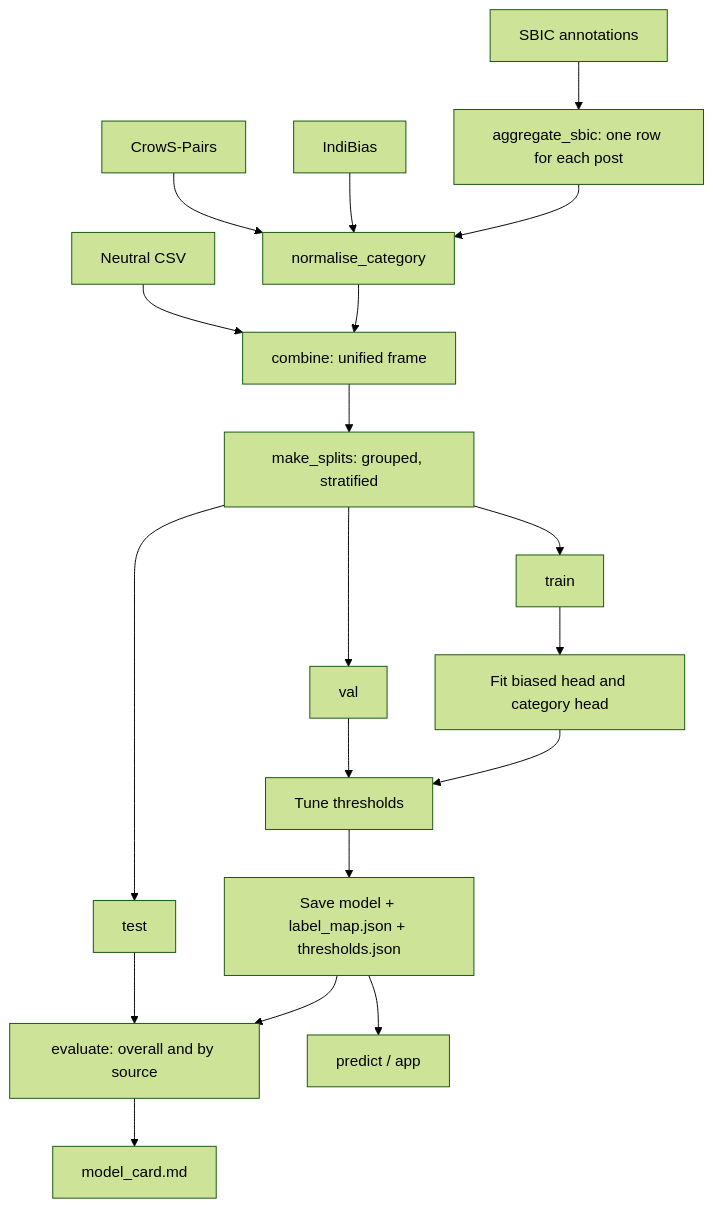
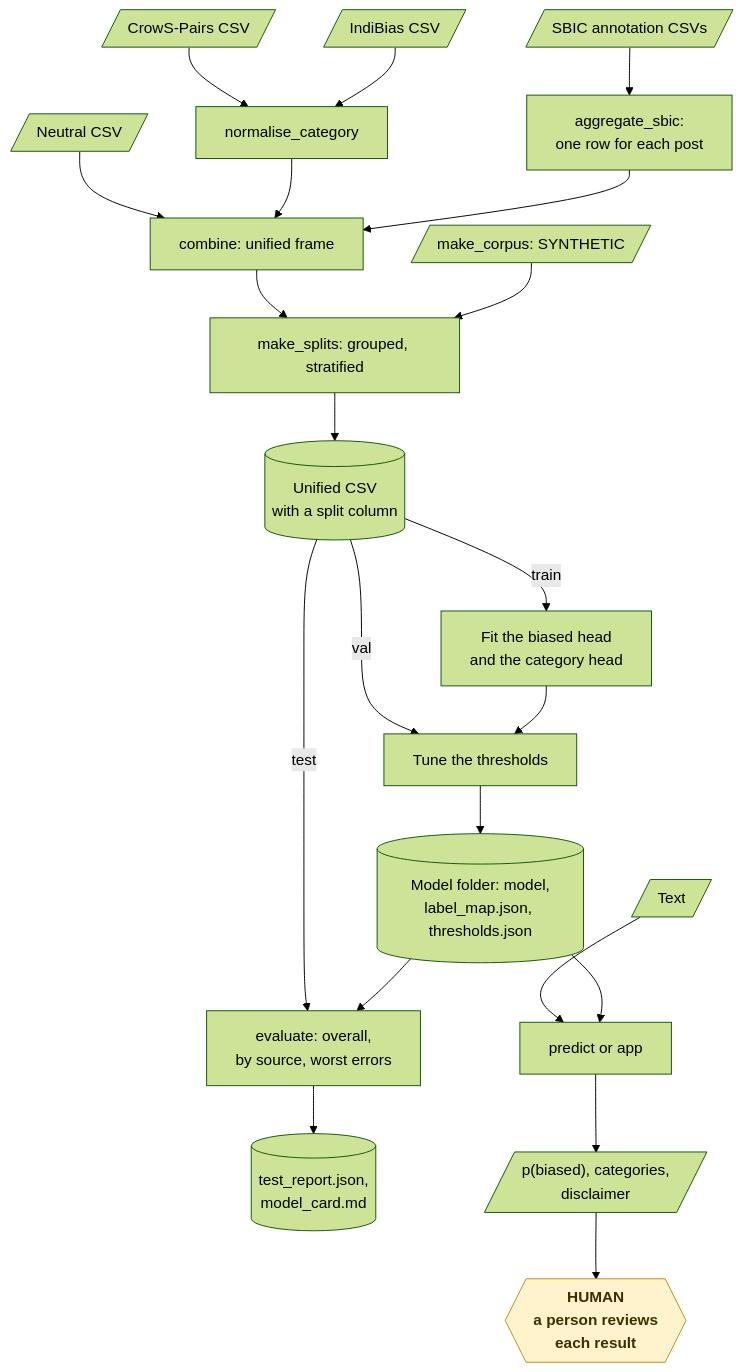
Before and after one commit to KrishnaAnnavaram/biasradar: the fifth of 19 diagrams in README.md, drawn with Mermaid (forest theme). The commit also changed other lines of this file, not shown here.

Commit message:
Add the workflow diagrams to the README

````diff
--- a/README.md
+++ b/README.md
@@ -217,16 +272,26 @@
 ```mermaid
-flowchart TB
-    C["CrowS-Pairs"] --> N["normalise_category"]
-    I["IndiBias"] --> N
-    S["SBIC annotations"] --> AGG["aggregate_sbic: one row for each post"] --> N
-    NE["Neutral CSV"] --> U
+flowchart TD
+    C[/"CrowS-Pairs CSV"/] --> N["normalise_category"]
+    I[/"IndiBias CSV"/] --> N
+    S[/"SBIC annotation CSVs"/] --> AGG["aggregate_sbic:<br/>one row for each post"]
+    NE[/"Neutral CSV"/] --> U
     N --> U["combine: unified frame"]
+    AGG --> U
     U --> SP["make_splits: grouped, stratified"]
-    SP --> TR["train"] --> FIT["Fit biased head and category head"]
-    SP --> VA["val"] --> TH["Tune thresholds"]
+    SY[/"make_corpus: SYNTHETIC"/] --> SP
+    SP --> FILE[("Unified CSV<br/>with a split column")]
+    FILE -- "train" --> FIT["Fit the biased head<br/>and the category head"]
+    FILE -- "val" --> TH["Tune the thresholds"]
     FIT --> TH
-    TH --> SAVE["Save model + label_map.json + thresholds.json"]
-    SP --> TE["test"] --> EV["evaluate: overall and by source"]
-    SAVE --> EV --> CARD["model_card.md"]
-    SAVE --> PRED["predict / app"]
+    TH --> SAVE[("Model folder: model,<br/>label_map.json, thresholds.json")]
+    FILE -- "test" --> EV["evaluate: overall,<br/>by source, worst errors"]
+    SAVE --> EV
+    EV --> REP[("test_report.json,<br/>model_card.md")]
+    TXT[/"Text"/] --> PRED["predict or app"]
+    SAVE --> PRED
+    PRED --> OUT[/"p(biased), categories,<br/>disclaimer"/]
+    OUT --> HUMAN{{"HUMAN<br/>a person reviews<br/>each result"}}
+
+    classDef human fill:#fff3cd,stroke:#b8901f,color:#3d2f00,font-weight:bold
+    class HUMAN human
 ```
````
